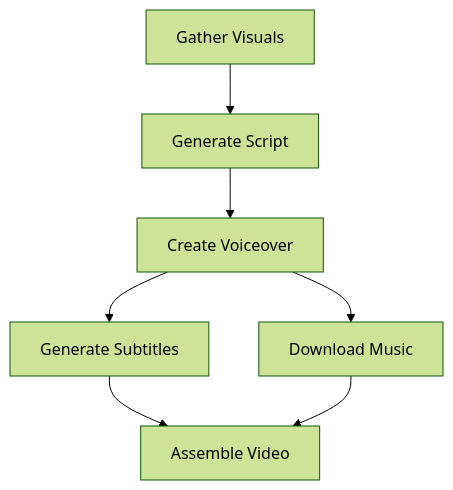
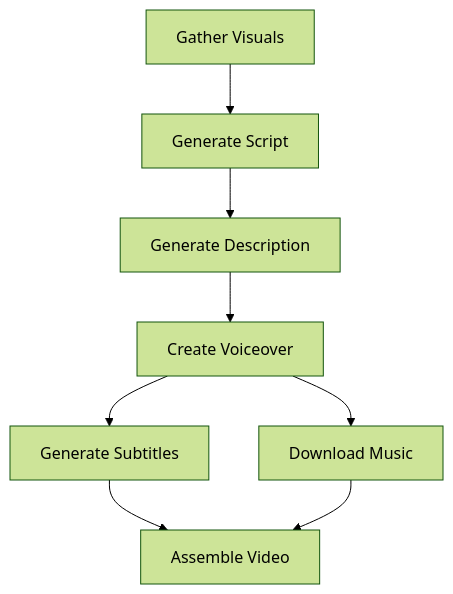
Before and after one commit to stkzlv/ContentEngineAI: the diagram in README.md, drawn with Mermaid (forest theme). The commit also changed other lines of this file and 13 other files, not shown here.

````diff
--- a/README.md
+++ b/README.md
@@ -77,9 +78,10 @@
 ```mermaid
 graph TD
     A[Gather Visuals] --> B[Generate Script]
-    B --> C[Create Voiceover]
-    C --> D[Generate Subtitles]
-    C --> E[Download Music]
-    D --> F[Assemble Video]
-    E --> F
+    B --> C[Generate Description]
+    C --> D[Create Voiceover]
+    D --> E[Generate Subtitles]
+    D --> F[Download Music]
+    E --> G[Assemble Video]
+    F --> G
 ```
````
